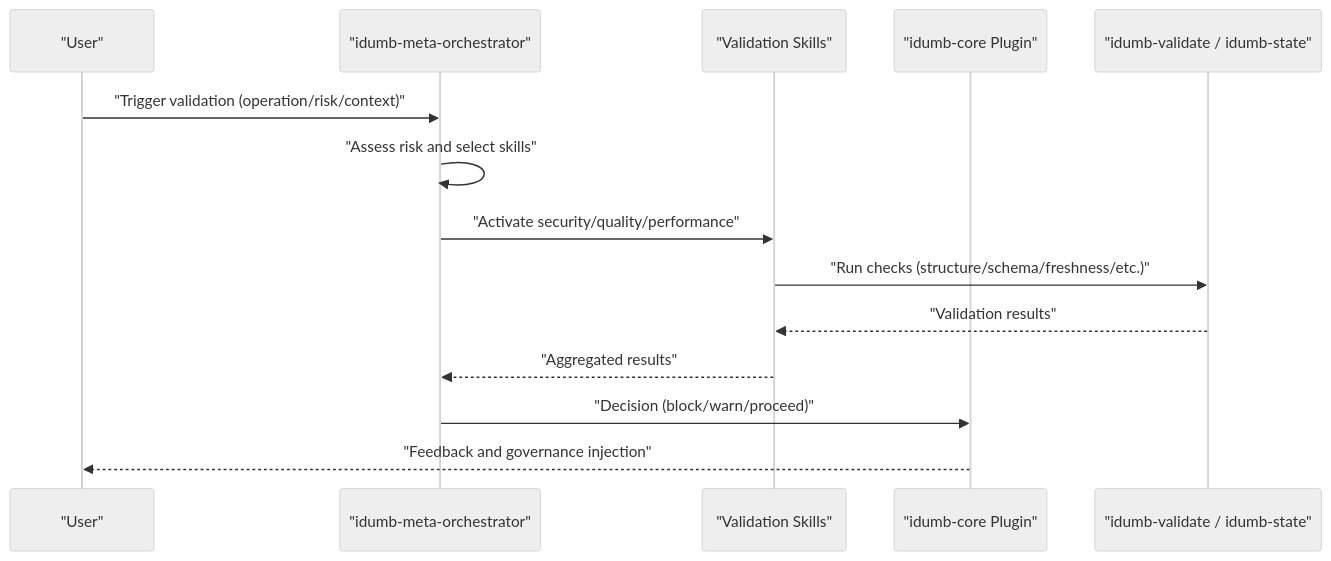
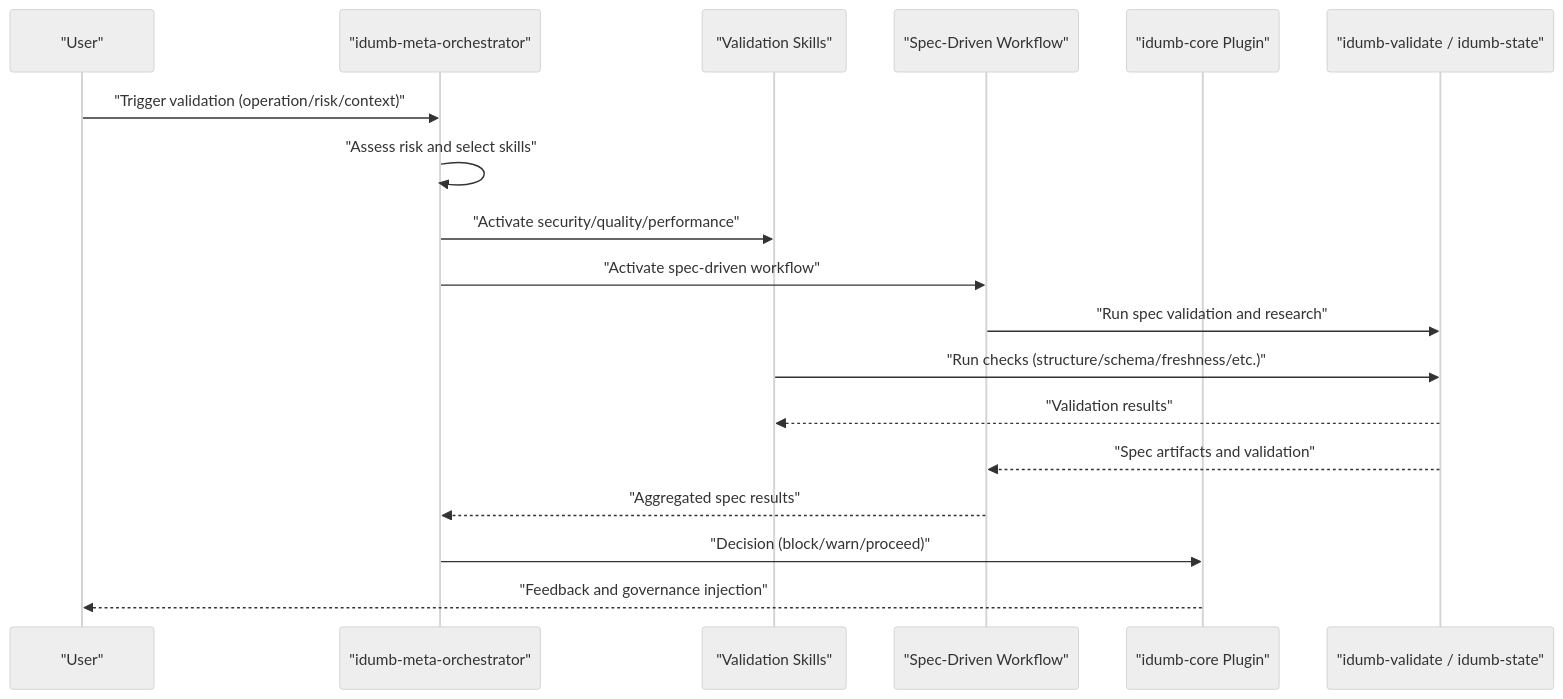
Before and after one commit to shynlee04/idumb-plugin: the second of 3 diagrams in .qoder/repowiki/en/content/Skill System/Skill System.md, drawn with Mermaid (neutral theme). The commit also changed other lines of this file and 19 other files, not shown here.

````diff
--- a/.qoder/repowiki/en/content/Skill System/Skill System.md
+++ b/.qoder/repowiki/en/content/Skill System/Skill System.md
@@ -138,16 +153,20 @@
 ```mermaid
 sequenceDiagram
 participant User as "User"
 participant Orchestrator as "idumb-meta-orchestrator"
 participant Skills as "Validation Skills"
+participant SpecWorkflow as "Spec-Driven Workflow"
 participant Plugin as "idumb-core Plugin"
 participant Tools as "idumb-validate / idumb-state"
 User->>Orchestrator : "Trigger validation (operation/risk/context)"
 Orchestrator->>Orchestrator : "Assess risk and select skills"
 Orchestrator->>Skills : "Activate security/quality/performance"
+Orchestrator->>SpecWorkflow : "Activate spec-driven workflow"
+SpecWorkflow->>Tools : "Run spec validation and research"
 Skills->>Tools : "Run checks (structure/schema/freshness/etc.)"
 Tools-->>Skills : "Validation results"
-Skills-->>Orchestrator : "Aggregated results"
+Tools-->>SpecWorkflow : "Spec artifacts and validation"
+SpecWorkflow-->>Orchestrator : "Aggregated spec results"
 Orchestrator->>Plugin : "Decision (block/warn/proceed)"
 Plugin-->>User : "Feedback and governance injection"
 ```
````
